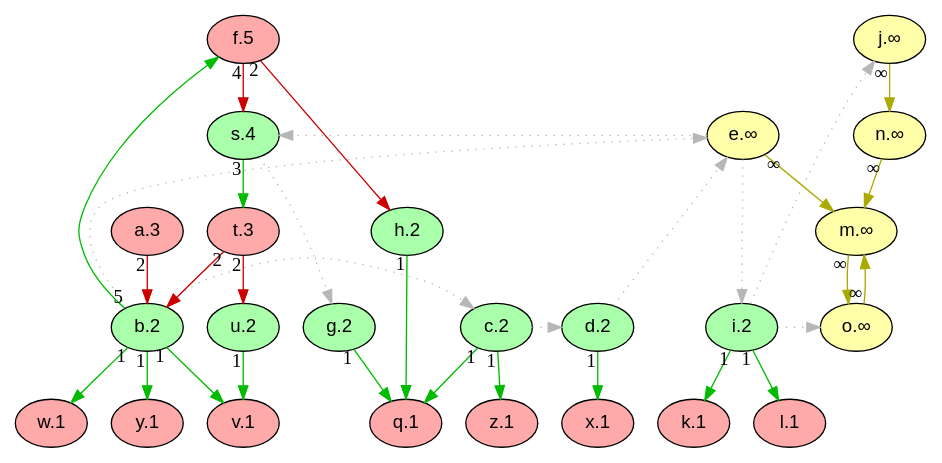
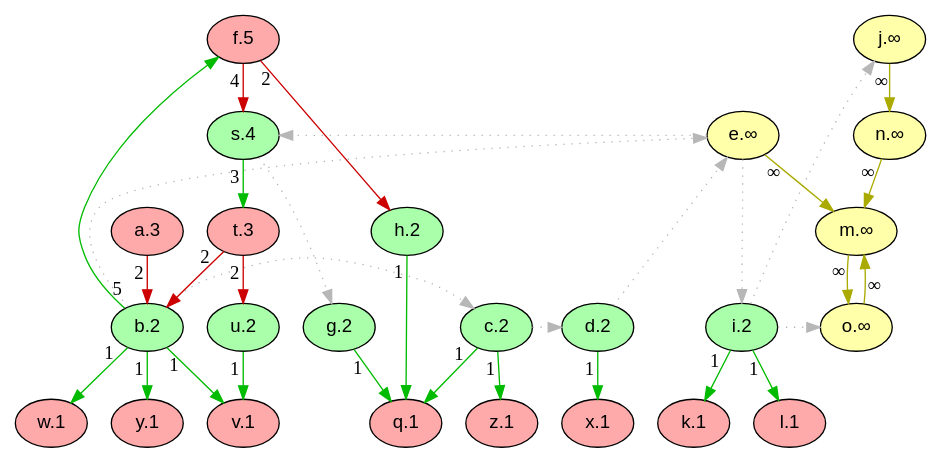
One commit to idaks/Games-and-Argumentation changed the diagram in IDCC-2024/graphs/game_graph_colored.dot. Above: the diagram before and after it, drawn with Graphviz. The commit also changed 18 other files, not shown here.

```diff
--- a/IDCC-2024/graphs/game_graph_colored.dot
+++ b/IDCC-2024/graphs/game_graph_colored.dot
@@ -1,73 +1,73 @@
 digraph G {
   rankdir="TB"
   node [shape=oval style=filled fontname=Helvetica fontsize=14]
   node [fillcolor="#AAFFAA" fontcolor="#000000"] 
        b[label="b.2"] 
        c[label="c.2"] 
        d[label="d.2"] 
        s[label="s.4"] 
        g[label="g.2"] 
        h[label="h.2"] 
        i[label="i.2"] 
        u[label="u.2"]
   node [fillcolor="#FFAAAA" fontcolor="#000000"] 
        a[label="a.3"] 
        t[label="t.3"] 
        f[label="f.5"] 
        k[label="k.1"] 
        l[label="l.1"] 
        q[label="q.1"] 
        v[label="v.1"] 
        w[label="w.1"] 
        x[label="x.1"] 
        y[label="y.1"] 
        z[label="z.1"]
   node [fillcolor="#FFFFAA" fontcolor="#000000"] 
        e[label="e.∞"] 
        j[label="j.∞"] 
        m[label="m.∞"] 
        o[label="o.∞"] 
        n[label="n.∞"]
-  edge [dir=forward color="#CC0000" style="solid" taillabel="2"]
+  edge [dir=forward color="#CC0000" style="solid" taillabel="2" labeldistance=1.5]
         "a" -> "b" 
         "t" -> "b" 
         "f" -> "h" 
         "t" -> "u" 
-  edge [dir=forward color="#00BB00" style="solid" taillabel="5"]
+  edge [dir=forward color="#00BB00" style="solid" taillabel="5" labeldistance=1.5]
         "b" -> "f" 
-  edge [dir=forward color="#00BB00" style="solid" taillabel="1"]
+  edge [dir=forward color="#00BB00" style="solid" taillabel="1" labeldistance=1.5]
         "i" -> "k" 
         "i" -> "l" 
         "g" -> "q" 
         "h" -> "q" 
         "c" -> "q" 
         "b" -> "v" 
         "u" -> "v" 
         "b" -> "w" 
         "d" -> "x" 
         "b" -> "y" 
         "c" -> "z" 
-  edge [dir=forward color="#AAAA00" style="solid" taillabel="∞"]
+  edge [dir=forward color="#AAAA00" style="solid" taillabel="∞" labeldistance=1.5]
         "e" -> "m" 
         "o" -> "m" 
         "n" -> "m" 
         "j" -> "n" 
         "m" -> "o" 
-  edge [dir=forward color="#CC0000" style="solid" taillabel="4"]
+  edge [dir=forward color="#CC0000" style="solid" taillabel="4" labeldistance=1.5]
         "f" -> "s" 
-  edge [dir=forward color="#00BB00" style="solid" taillabel="3"]
+  edge [dir=forward color="#00BB00" style="solid" taillabel="3" labeldistance=1.5]
         "s" -> "t" 
-  edge [dir=forward color="#b7b7b7" style="dotted" constraint=false taillabel=" "]
+  edge [dir=forward color="#b7b7b7" style="dotted" constraint=false taillabel=" " labeldistance=1.5]
         "b" -> "c" 
         "c" -> "d" 
         "b" -> "e" 
         "d" -> "e" 
         "s" -> "g" 
         "e" -> "i" 
         "i" -> "j" 
         "i" -> "o" 
         "e" -> "s" 
 
   {rank = max k l q v w x y z}
   {rank = min f}
 }
```
